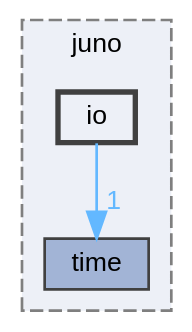
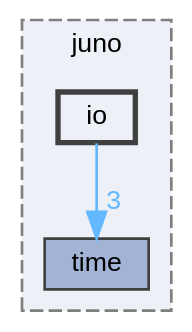
One commit to robinonsay/libjuno changed the diagram in dir_2214acb517c776811661c93fb7ef90d4_dep.dot. Above: the diagram before and after it, drawn with Graphviz. The commit also changed 227 other files, not shown here.

```diff
--- a/dir_2214acb517c776811661c93fb7ef90d4_dep.dot
+++ b/dir_2214acb517c776811661c93fb7ef90d4_dep.dot
@@ -1,14 +1,14 @@
 digraph "/home/runner/work/libjuno/libjuno/include/juno/io"
 {
  // LATEX_PDF_SIZE
   bgcolor="transparent";
   edge [fontname=Helvetica,fontsize=10,labelfontname=Helvetica,labelfontsize=10];
   node [fontname=Helvetica,fontsize=10,shape=box,height=0.2,width=0.4];
   compound=true
   subgraph clusterdir_366da5caa8e7ec3e54d94764b6f022bc {
     graph [ bgcolor="#edf0f7", pencolor="grey50", label="juno", fontname=Helvetica,fontsize=10 style="filled,dashed", URL="dir_366da5caa8e7ec3e54d94764b6f022bc.html",tooltip=""]
   dir_f7826cb483c41652a57f47c29e86de5a [label="time", fillcolor="#a2b4d6", color="grey25", style="filled", URL="dir_f7826cb483c41652a57f47c29e86de5a.html",tooltip=""];
   dir_2214acb517c776811661c93fb7ef90d4 [label="io", fillcolor="#edf0f7", color="grey25", style="filled,bold", URL="dir_2214acb517c776811661c93fb7ef90d4.html",tooltip=""];
   }
-  dir_2214acb517c776811661c93fb7ef90d4->dir_f7826cb483c41652a57f47c29e86de5a [headlabel="1", labeldistance=1.5 headhref="dir_000005_000013.html" href="dir_000005_000013.html" color="steelblue1" fontcolor="steelblue1"];
+  dir_2214acb517c776811661c93fb7ef90d4->dir_f7826cb483c41652a57f47c29e86de5a [headlabel="3", labeldistance=1.5 headhref="dir_000006_000014.html" href="dir_000006_000014.html" color="steelblue1" fontcolor="steelblue1"];
 }
```
